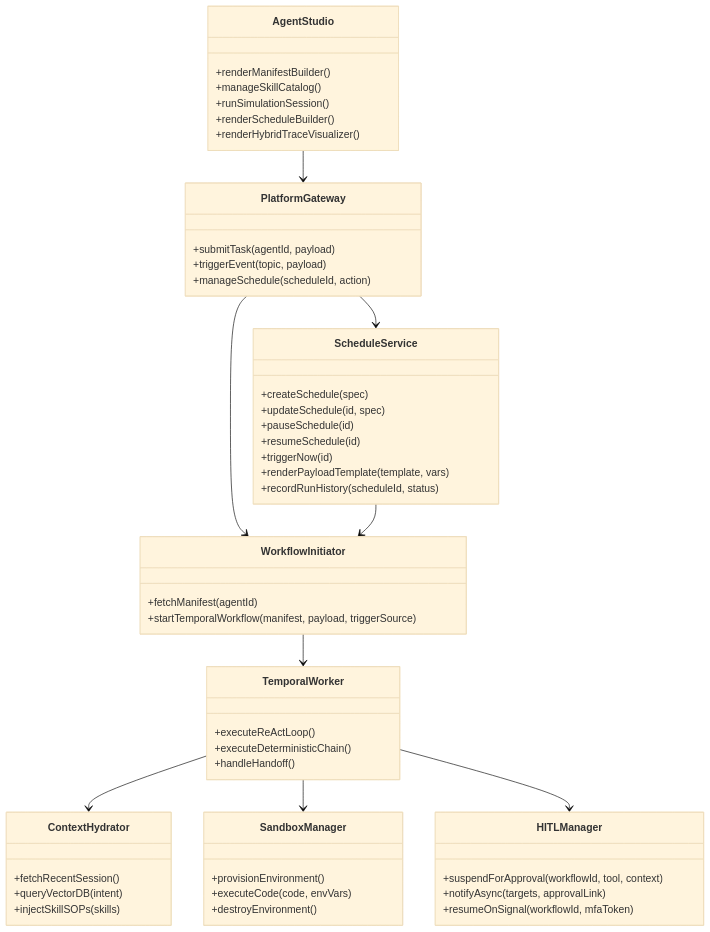
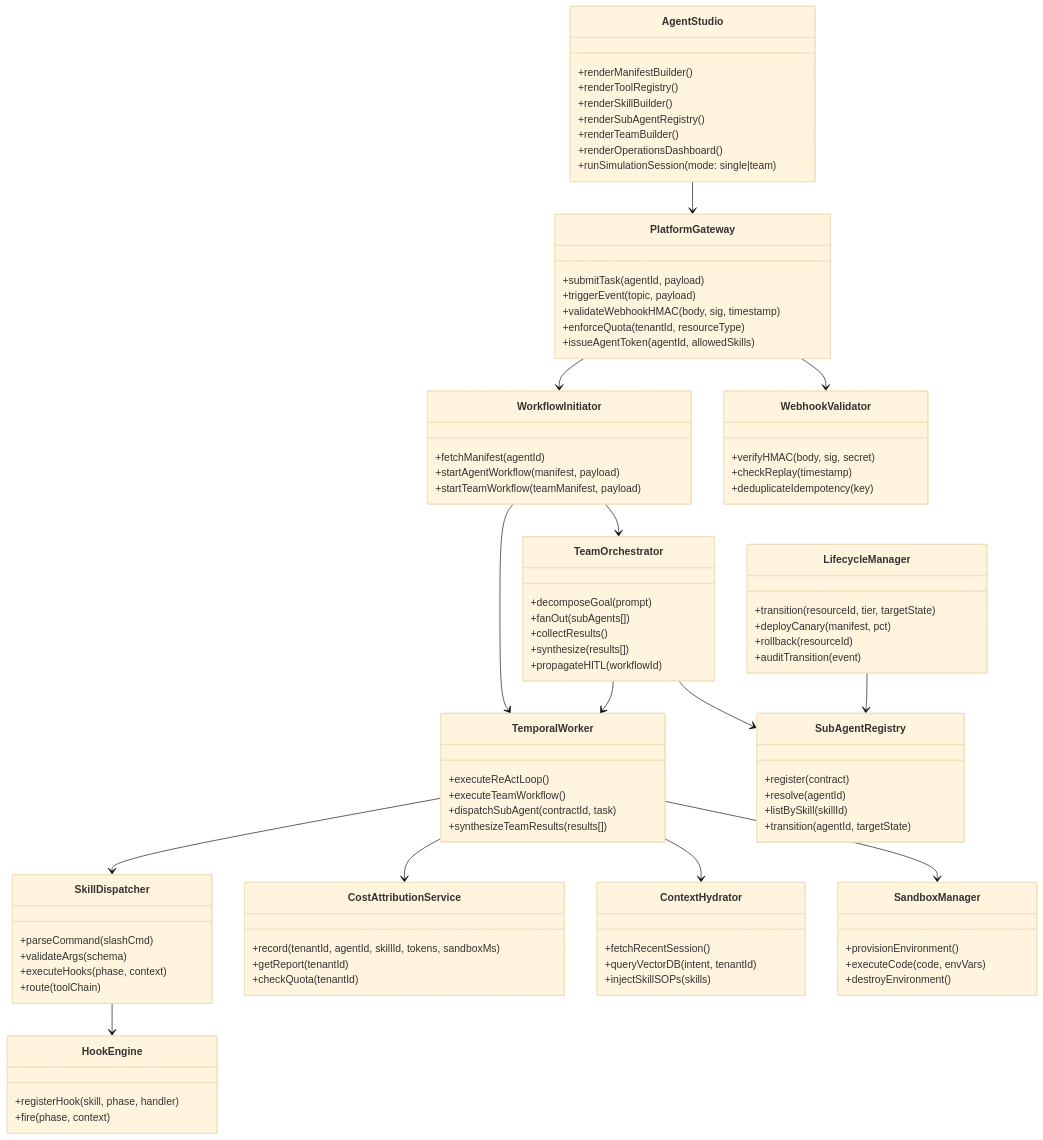
Before and after one commit to rayarun/a1-agent-engine: the third of 6 diagrams in architecture.md, drawn with Mermaid (base theme). The commit also changed other lines of this file and 1 other file, not shown here.

First line of the commit message:
Docs: Promote worktree architecture and requirements revisions to main

````diff
--- a/architecture.md
+++ b/architecture.md
@@ -154,42 +166,73 @@
 classDiagram
     class AgentStudio {
         +renderManifestBuilder()
-        +manageSkillCatalog()
-        +runSimulationSession()
-        +renderScheduleBuilder()
-        +renderHybridTraceVisualizer()
+        +renderToolRegistry()
+        +renderSkillBuilder()
+        +renderSubAgentRegistry()
+        +renderTeamBuilder()
+        +renderOperationsDashboard()
+        +runSimulationSession(mode: single|team)
     }
     class PlatformGateway {
         +submitTask(agentId, payload)
         +triggerEvent(topic, payload)
-        +manageSchedule(scheduleId, action)
+        +validateWebhookHMAC(body, sig, timestamp)
+        +enforceQuota(tenantId, resourceType)
+        +issueAgentToken(agentId, allowedSkills)
     }
     class WorkflowInitiator {
         +fetchManifest(agentId)
-        +startTemporalWorkflow(manifest, payload, triggerSource)
+        +startAgentWorkflow(manifest, payload)
+        +startTeamWorkflow(teamManifest, payload)
     }
     class TemporalWorker {
         +executeReActLoop()
-        +executeDeterministicChain()
-        +handleHandoff()
+        +executeTeamWorkflow()
+        +dispatchSubAgent(contractId, task)
+        +synthesizeTeamResults(results[])
     }
-    class ScheduleService {
-        +createSchedule(spec)
-        +updateSchedule(id, spec)
-        +pauseSchedule(id)
-        +resumeSchedule(id)
-        +triggerNow(id)
-        +renderPayloadTemplate(template, vars)
-        +recordRunHistory(scheduleId, status)
+    class SubAgentRegistry {
+        +register(contract)
+        +resolve(agentId)
+        +listBySkill(skillId)
+        +transition(agentId, targetState)
     }
-    class HITLManager {
-        +suspendForApproval(workflowId, tool, context)
-        +notifyAsync(targets, approvalLink)
-        +resumeOnSignal(workflowId, mfaToken)
+    class TeamOrchestrator {
+        +decomposeGoal(prompt)
+        +fanOut(subAgents[])
+        +collectResults()
+        +synthesize(results[])
+        +propagateHITL(workflowId)
+    }
+    class SkillDispatcher {
+        +parseCommand(slashCmd)
+        +validateArgs(schema)
+        +executeHooks(phase, context)
+        +route(toolChain)
+    }
+    class HookEngine {
+        +registerHook(skill, phase, handler)
+        +fire(phase, context)
+    }
+    class WebhookValidator {
+        +verifyHMAC(body, sig, secret)
+        +checkReplay(timestamp)
+        +deduplicateIdempotency(key)
+    }
+    class LifecycleManager {
+        +transition(resourceId, tier, targetState)
+        +deployCanary(manifest, pct)
+        +rollback(resourceId)
+        +auditTransition(event)
+    }
+    class CostAttributionService {
+        +record(tenantId, agentId, skillId, tokens, sandboxMs)
+        +getReport(tenantId)
+        +checkQuota(tenantId)
     }
     class ContextHydrator {
         +fetchRecentSession()
-        +queryVectorDB(intent)
+        +queryVectorDB(intent, tenantId)
         +injectSkillSOPs(skills)
     }
     class SandboxManager {
@@ -199,11 +242,16 @@
     }
 
     AgentStudio --> PlatformGateway
+    PlatformGateway --> WebhookValidator
     PlatformGateway --> WorkflowInitiator
-    PlatformGateway --> ScheduleService
-    ScheduleService --> WorkflowInitiator
     WorkflowInitiator --> TemporalWorker
+    WorkflowInitiator --> TeamOrchestrator
+    TeamOrchestrator --> SubAgentRegistry
+    TeamOrchestrator --> TemporalWorker
+    TemporalWorker --> SkillDispatcher
+    SkillDispatcher --> HookEngine
     TemporalWorker --> ContextHydrator
     TemporalWorker --> SandboxManager
-    TemporalWorker --> HITLManager
+    TemporalWorker --> CostAttributionService
+    LifecycleManager --> SubAgentRegistry
 ```
````
